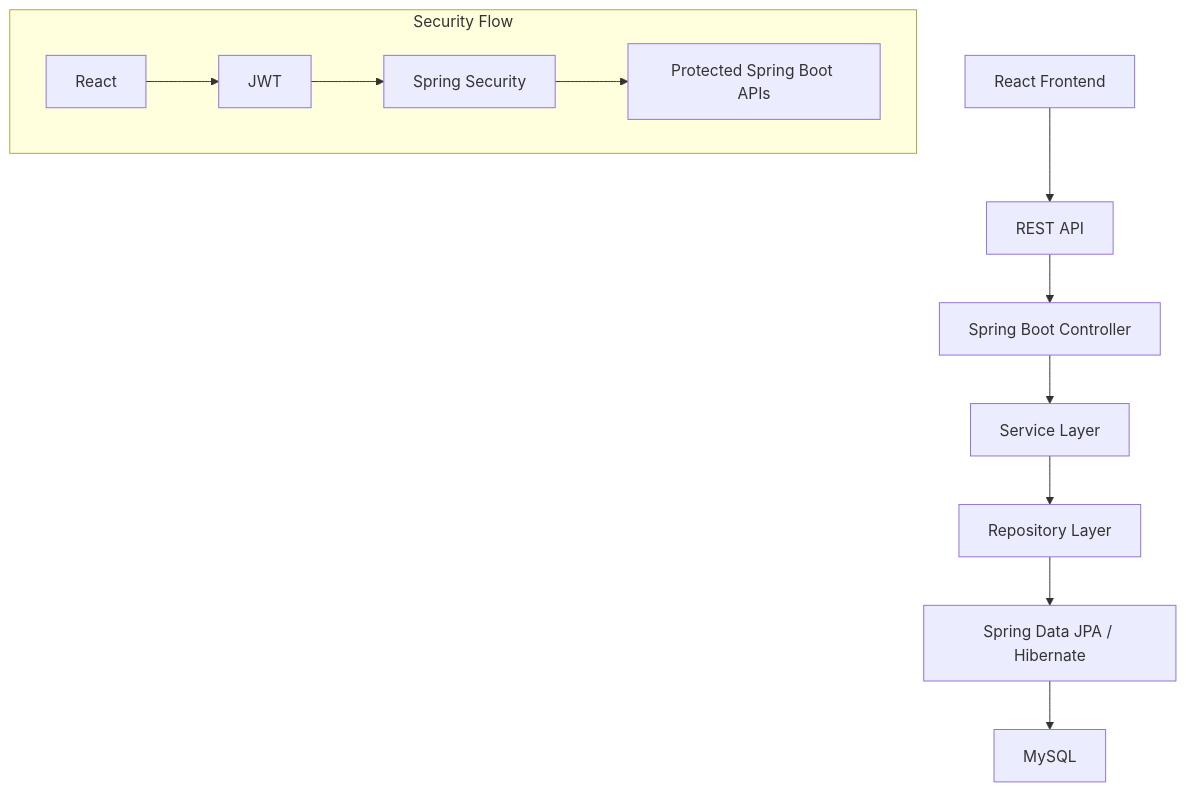
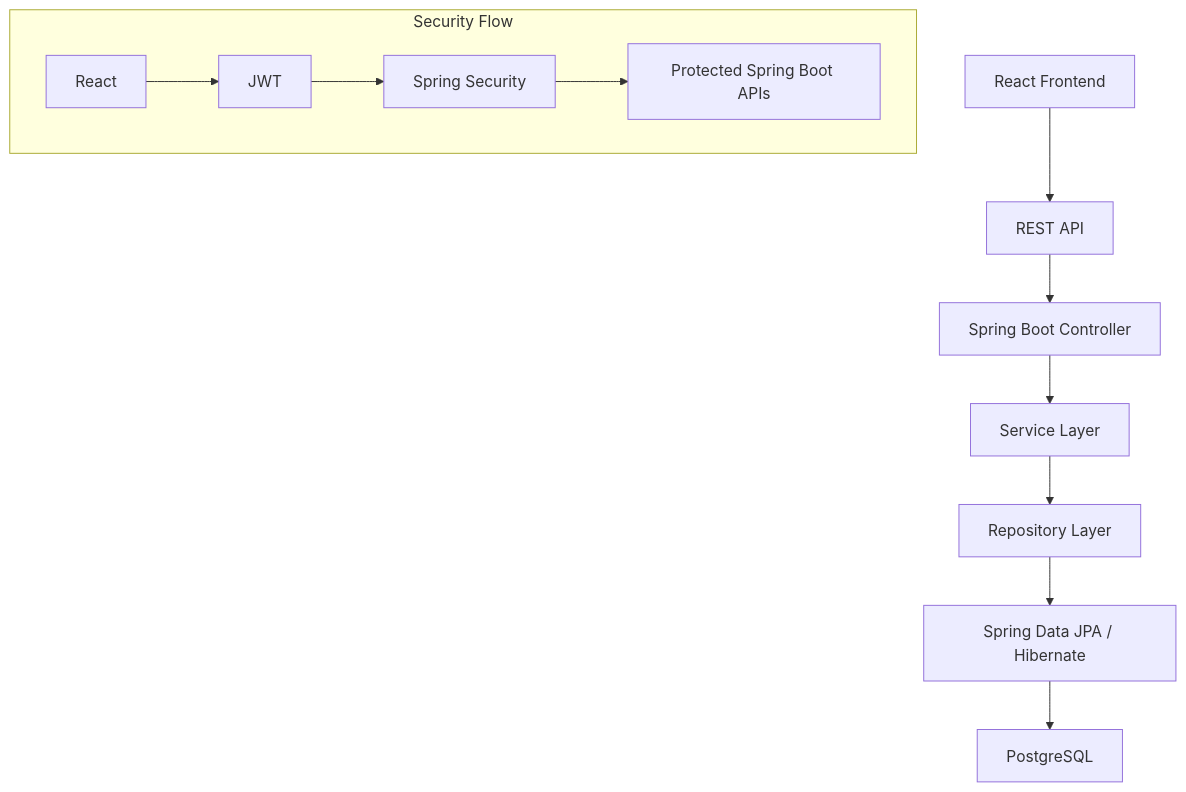
Before and after one commit to ajanani416-rgb/Capstone: the diagram in docs/diagrams/architecture.mmd, drawn with Mermaid. The commit also changed 17 other files, not shown here.

Commit message:
feat(db): migrate MySQL to PostgreSQL

```diff
--- a/docs/diagrams/architecture.mmd
+++ b/docs/diagrams/architecture.mmd
@@ -1,24 +1,24 @@
 flowchart TD
     A[React Frontend]
     B[REST API]
     C[Spring Boot Controller]
     D[Service Layer]
     E[Repository Layer]
     F[Spring Data JPA / Hibernate]
-    G[MySQL]
+    G[PostgreSQL]
 
     A --> B
     B --> C
     C --> D
     D --> E
     E --> F
     F --> G
 
     subgraph SecurityFlow [Security Flow]
       R[React]
       J[JWT]
       S[Spring Security]
       P[Protected Spring Boot APIs]
     end
 
     R --> J --> S --> P
```
